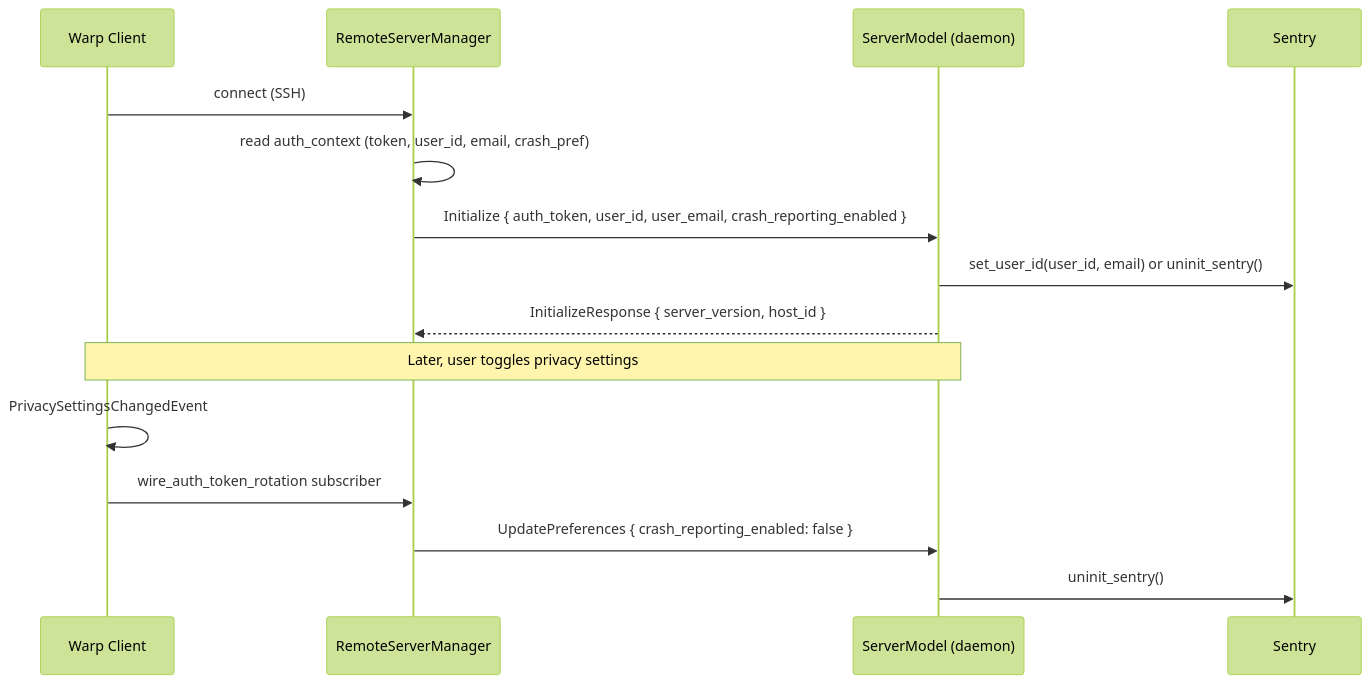
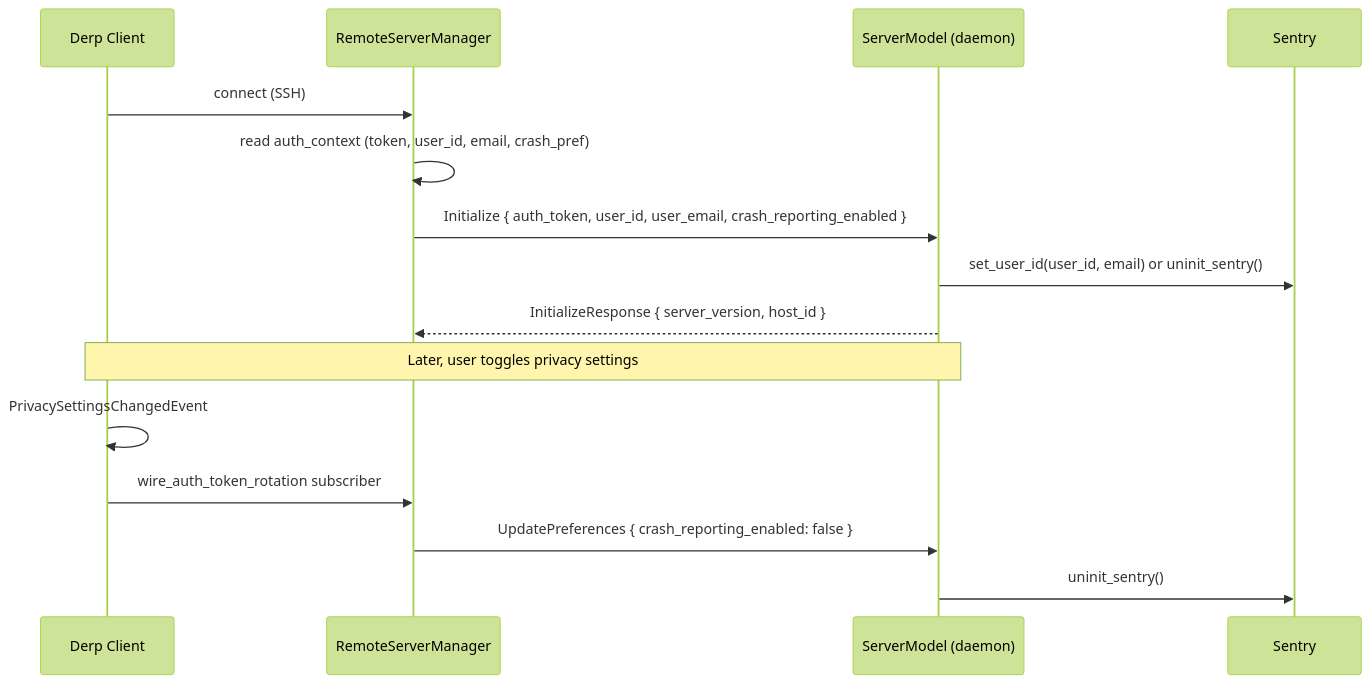
Before and after one commit to antikrust/krust-terminal: the diagram in specs/daemon-sentry-initialization/TECH.md, drawn with Mermaid (forest theme). The commit also changed other lines of this file and 9069 other files, not shown here.

First line of the commit message:
Rebrand Warp -> Derp; vendor and disconnect all external deps

````diff
--- a/specs/daemon-sentry-initialization/TECH.md
+++ b/specs/daemon-sentry-initialization/TECH.md
@@ -80,19 +80,19 @@
 ```mermaid
 sequenceDiagram
-    participant Client as Warp Client
+    participant Client as Derp Client
     participant Manager as RemoteServerManager
     participant Daemon as ServerModel (daemon)
     participant Sentry
 
     Client->>Manager: connect (SSH)
     Manager->>Manager: read auth_context (token, user_id, email, crash_pref)
     Manager->>Daemon: Initialize { auth_token, user_id, user_email, crash_reporting_enabled }
     Daemon->>Sentry: set_user_id(user_id, email) or uninit_sentry()
     Daemon-->>Manager: InitializeResponse { server_version, host_id }
 
     Note over Client,Daemon: Later, user toggles privacy settings
     Client->>Client: PrivacySettingsChangedEvent
     Client->>Manager: wire_auth_token_rotation subscriber
     Manager->>Daemon: UpdatePreferences { crash_reporting_enabled: false }
     Daemon->>Sentry: uninit_sentry()
 ```
````
